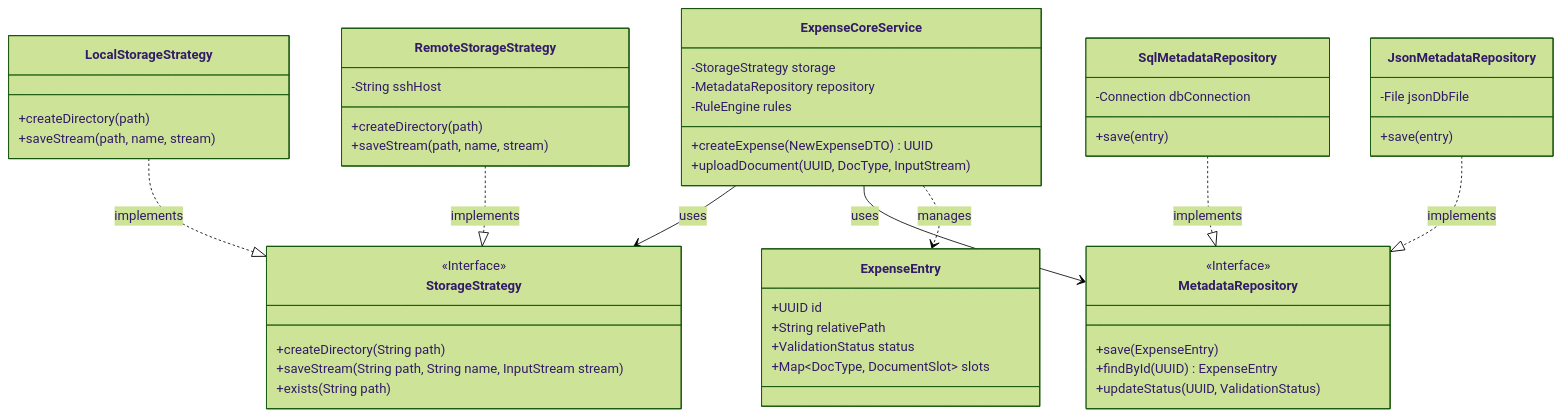
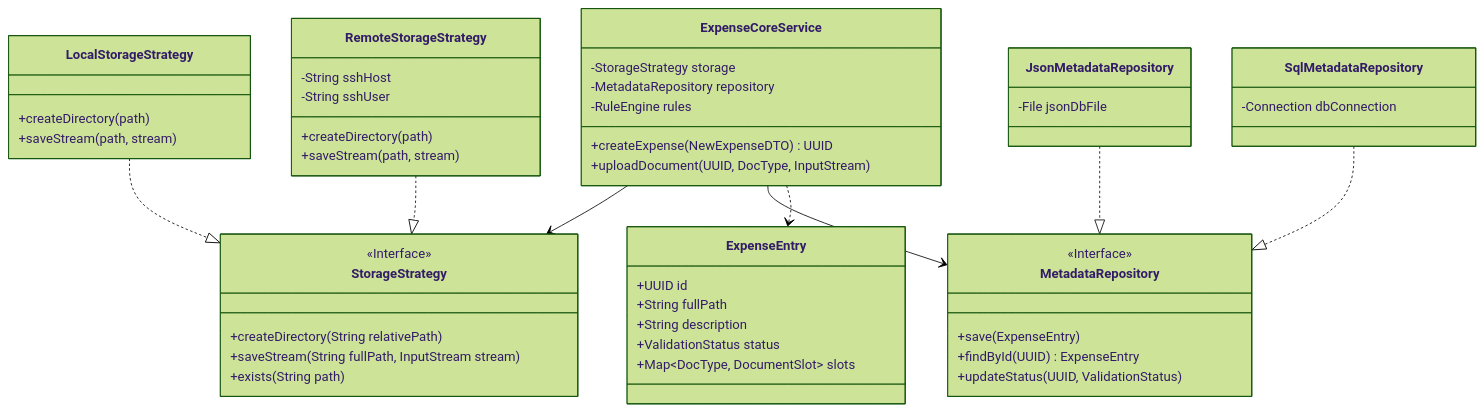
The diagram in TaxReport/src/main/java/ClassDiagram.mmd (simopugliese/TaxReport), drawn with Mermaid (forest theme) before and after one commit. The commit also changed 3 other files, not shown here.

```diff
--- a/TaxReport/src/main/java/ClassDiagram.mmd
+++ b/TaxReport/src/main/java/ClassDiagram.mmd
@@ -1,68 +1,68 @@
 classDiagram
     direction TB
 
-%% --- CORE BUSINESS LOGIC ---
+%% --- CORE SERVICES ---
     class ExpenseCoreService {
         -StorageStrategy storage
         -MetadataRepository repository
         -RuleEngine rules
         +createExpense(NewExpenseDTO) UUID
         +uploadDocument(UUID, DocType, InputStream)
     }
 
-%% --- ABSTRACTIONS (INTERFACES) ---
+%% --- STRATEGY PATTERN (STORAGE) ---
     class StorageStrategy {
         <<Interface>>
-        +createDirectory(String path)
-        +saveStream(String path, String name, InputStream stream)
+        +createDirectory(String relativePath)
+        +saveStream(String fullPath, InputStream stream)
         +exists(String path)
     }
 
+    class LocalStorageStrategy {
+        +createDirectory(path)
+        +saveStream(path, stream)
+    }
+
+    class RemoteStorageStrategy {
+        -String sshHost
+        -String sshUser
+        +createDirectory(path)
+        +saveStream(path, stream)
+    }
+
+%% --- REPOSITORY PATTERN (METADATA) ---
     class MetadataRepository {
         <<Interface>>
         +save(ExpenseEntry)
         +findById(UUID) ExpenseEntry
         +updateStatus(UUID, ValidationStatus)
     }
 
-%% --- CONCRETE IMPLEMENTATIONS (PLUGINS) ---
-    class LocalStorageStrategy {
-        +createDirectory(path)
-        +saveStream(path, name, stream)
-    }
-
-    class RemoteStorageStrategy {
-        -String sshHost
-        +createDirectory(path)
-        +saveStream(path, name, stream)
+    class JsonMetadataRepository {
+        -File jsonDbFile
     }
 
     class SqlMetadataRepository {
         -Connection dbConnection
-        +save(entry)
     }
 
-    class JsonMetadataRepository {
-        -File jsonDbFile
-        +save(entry)
-    }
-
-%% --- DOMAIN ENTITIES ---
+%% --- DOMAIN ---
     class ExpenseEntry {
         +UUID id
-        +String relativePath
+        +String fullPath
+        +String description
         +ValidationStatus status
         +Map~DocType, DocumentSlot~ slots
     }
 
 %% --- RELATIONSHIPS ---
-    ExpenseCoreService --> StorageStrategy : uses
-    ExpenseCoreService --> MetadataRepository : uses
+    ExpenseCoreService --> StorageStrategy
+    ExpenseCoreService --> MetadataRepository
 
-    LocalStorageStrategy ..|> StorageStrategy : implements
-    RemoteStorageStrategy ..|> StorageStrategy : implements
+    LocalStorageStrategy ..|> StorageStrategy
+    RemoteStorageStrategy ..|> StorageStrategy
 
-    SqlMetadataRepository ..|> MetadataRepository : implements
-    JsonMetadataRepository ..|> MetadataRepository : implements
+    JsonMetadataRepository ..|> MetadataRepository
+    SqlMetadataRepository ..|> MetadataRepository
 
-    ExpenseCoreService ..> ExpenseEntry : manages
+    ExpenseCoreService ..> ExpenseEntry
```
